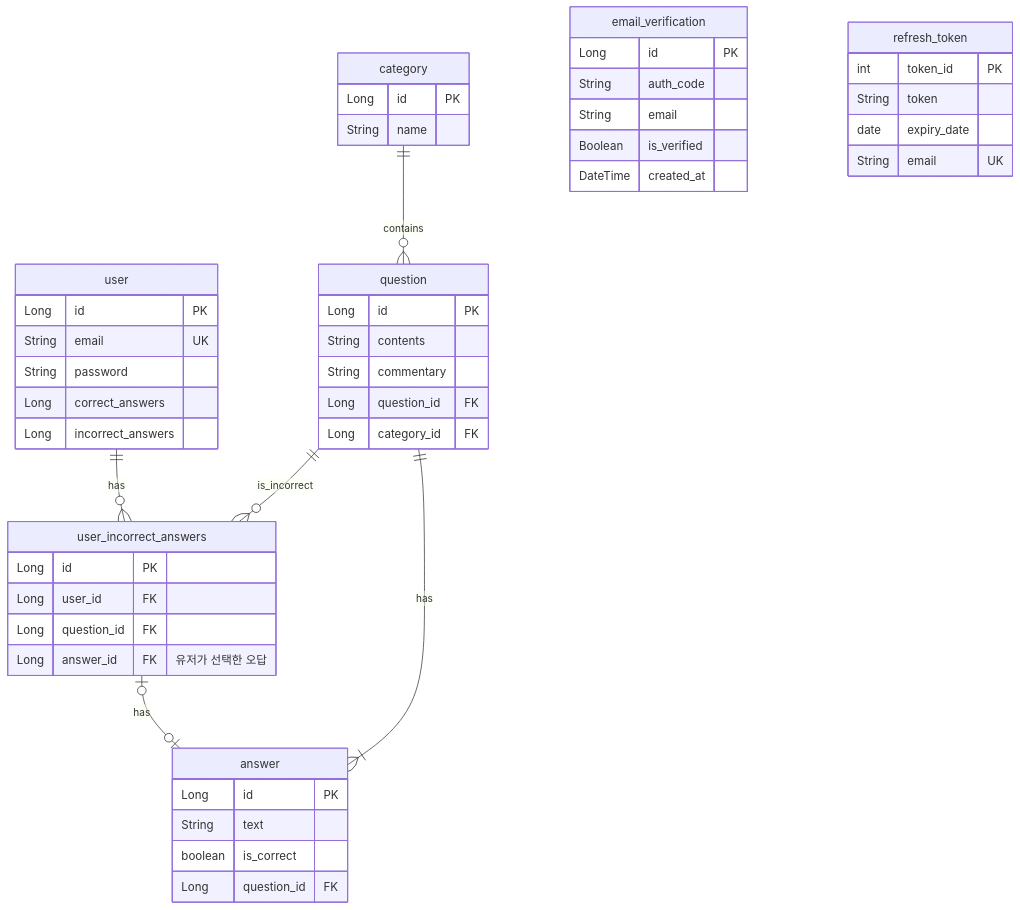
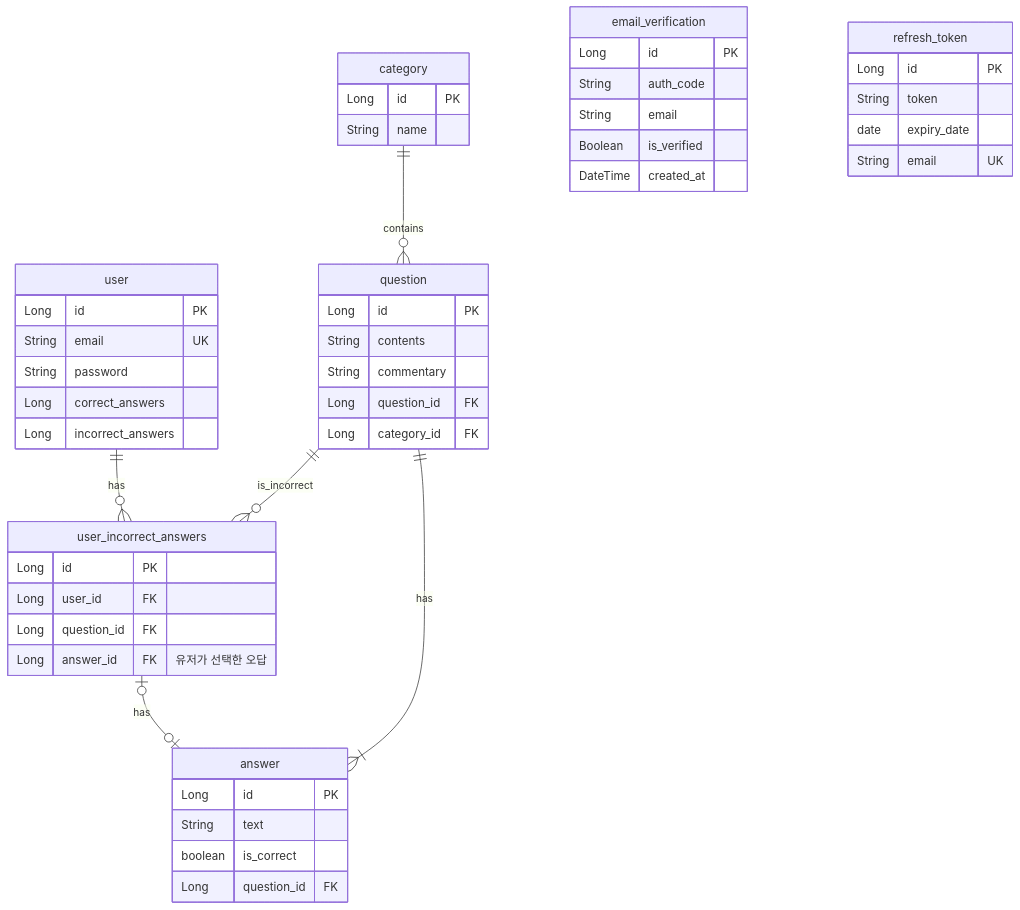
The diagram in README.md (Q-int/Qint_Backend), drawn with Mermaid before and after one commit.

Commit message:
docs: id 이름 일관성 있게 수정

````diff
--- a/README.md
+++ b/README.md
@@ -3,58 +3,58 @@
 ```mermaid
 erDiagram
     user {
         Long id PK
         String email UK
         String password
         Long correct_answers
         Long incorrect_answers
     }
 
     category {
         Long id PK
         String name
     }
 
     question {
         Long id PK
         String contents
         String commentary
         Long question_id FK
         Long category_id FK
     }
     
     answer {
         Long id PK
         String text
         boolean is_correct
         Long question_id FK
     }
 
     user_incorrect_answers {
         Long id PK
         Long user_id FK
         Long question_id FK
         Long answer_id FK "유저가 선택한 오답"
     }
 
     email_verification {
         Long id PK
         String auth_code
         String email
         Boolean is_verified
         DateTime created_at
     }
 
     refresh_token {
-        int token_id PK
+        Long id PK
         String token
         date expiry_date
         String email UK
     }
 
     user ||--o{ user_incorrect_answers : has
     category ||--o{ question : contains
     question ||--|{ answer : has
     question ||--o{ user_incorrect_answers : is_incorrect
     user_incorrect_answers |o--o| answer : has
 ```
````
